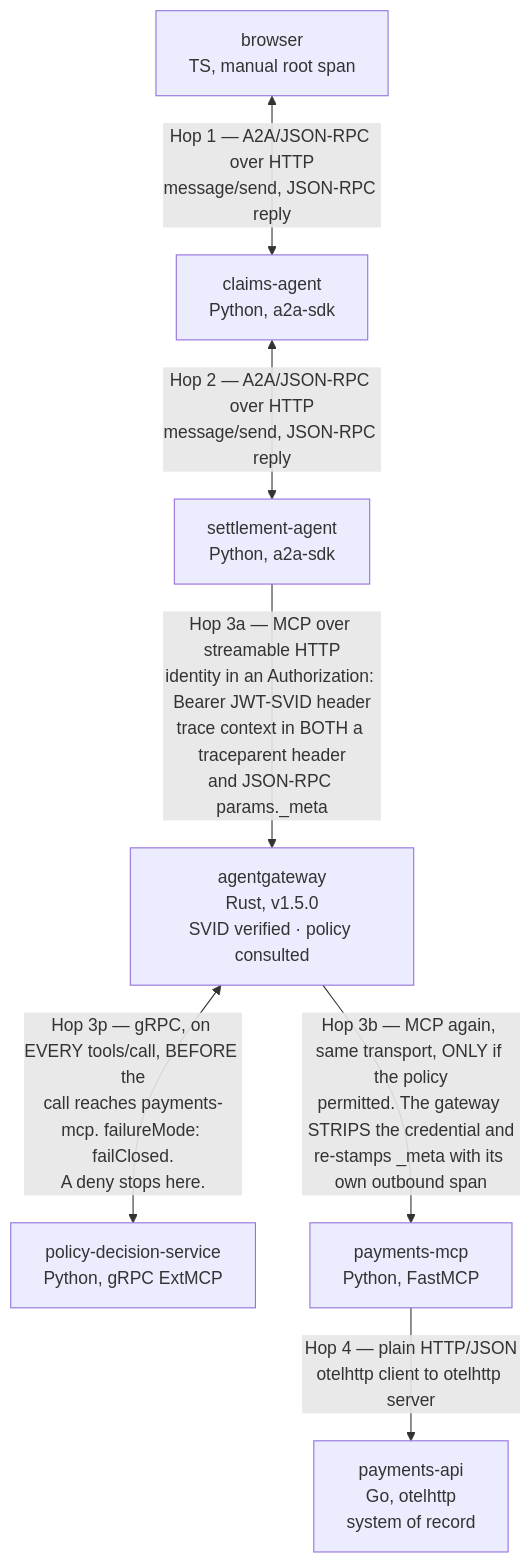
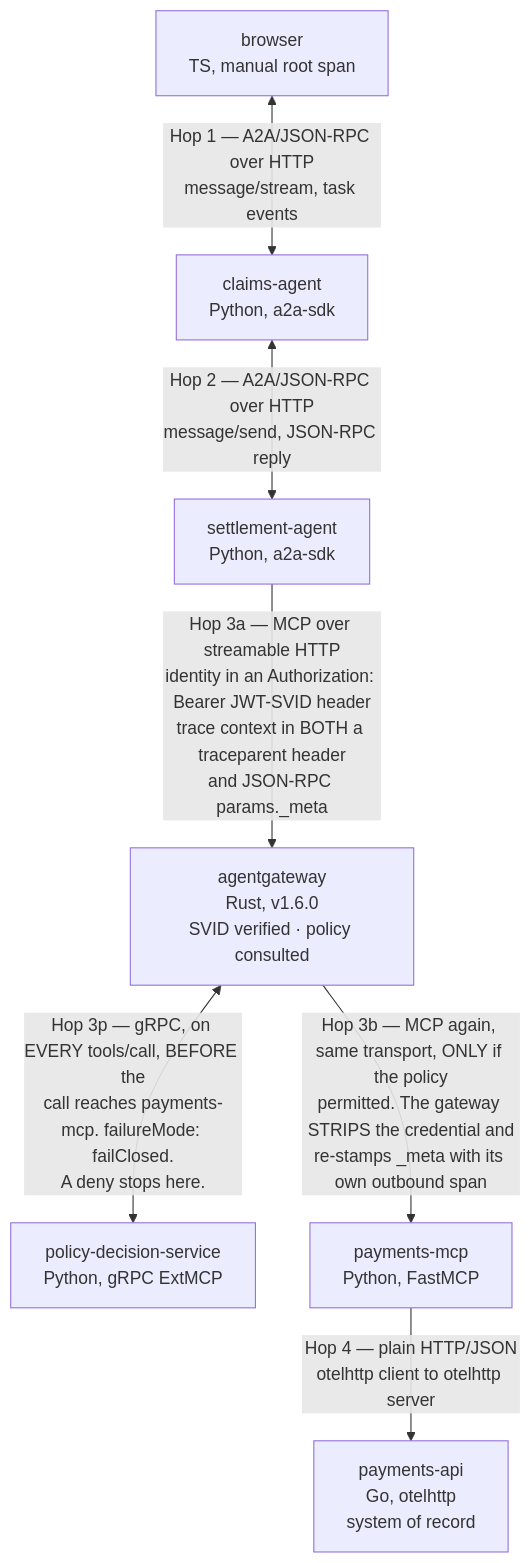
Before and after one commit to kaspernissen/aip-demo: the first of 5 diagrams in docs/architecture.md, drawn with Mermaid. The commit also changed other lines of this file, not shown here.

Commit message:
docs(architecture): rewrite as the current system: components, hops, policy, reach, identity, keystone, trace shape, limits

```diff
--- a/docs/architecture.md
+++ b/docs/architecture.md
@@ -309,36 +38,36 @@
 <pre class="mermaid">
 flowchart TD
     browser["`browser
       TS, manual root span`"]
     claims["`claims-agent
       Python, a2a-sdk`"]
     settle["`settlement-agent
       Python, a2a-sdk`"]
     gw["`agentgateway
-      Rust, v1.5.0
+      Rust, v1.6.0
       SVID verified · policy consulted`"]
     pds["`policy-decision-service
       Python, gRPC ExtMCP`"]
     mcp["`payments-mcp
       Python, FastMCP`"]
     api["`payments-api
       Go, otelhttp
       system of record`"]
 
     browser <-->|"`Hop 1 — A2A/JSON-RPC over HTTP
-      message/send, JSON-RPC reply`"| claims
+      message/stream, task events`"| claims
     claims <-->|"`Hop 2 — A2A/JSON-RPC over HTTP
       message/send, JSON-RPC reply`"| settle
     settle -->|"`Hop 3a — MCP over streamable HTTP
       identity in an Authorization: Bearer JWT-SVID header
       trace context in BOTH a traceparent header
       and JSON-RPC params._meta`"| gw
     gw <-->|"`Hop 3p — gRPC, on EVERY tools/call, BEFORE the
       call reaches payments-mcp. failureMode: failClosed.
       A deny stops here.`"| pds
     gw -->|"`Hop 3b — MCP again, same transport, ONLY if the policy
       permitted. The gateway STRIPS the credential and
       re-stamps _meta with its own outbound span`"| mcp
     mcp -->|"`Hop 4 — plain HTTP/JSON
       otelhttp client to otelhttp server`"| api
 </pre>
```
